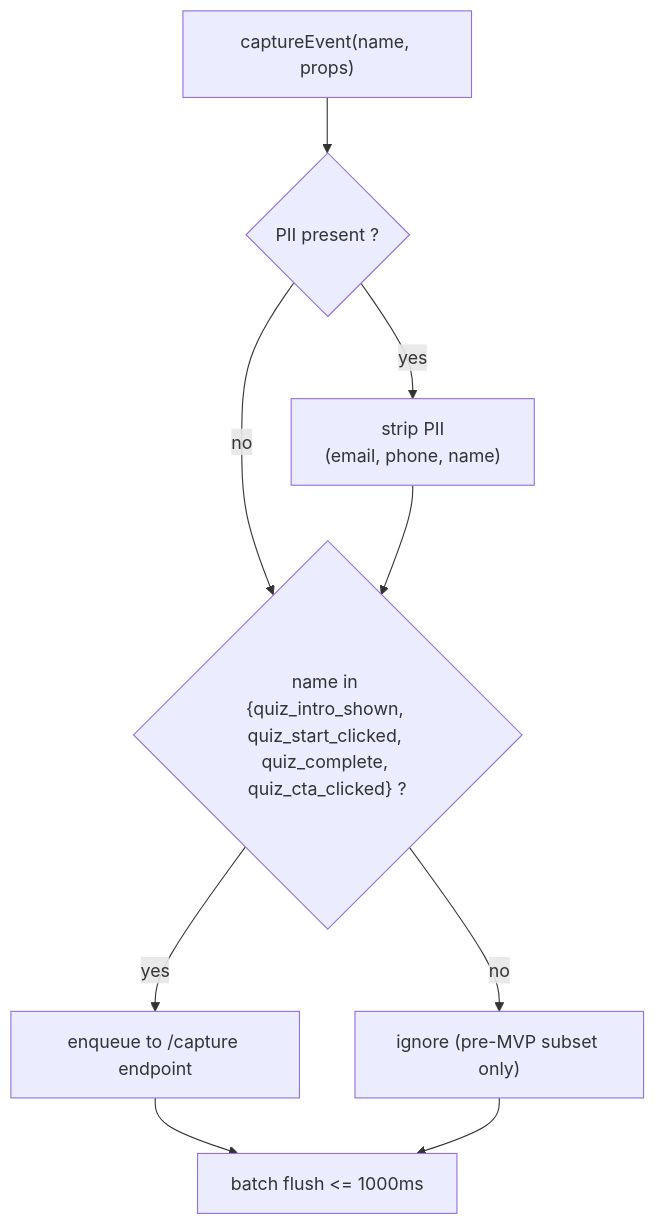
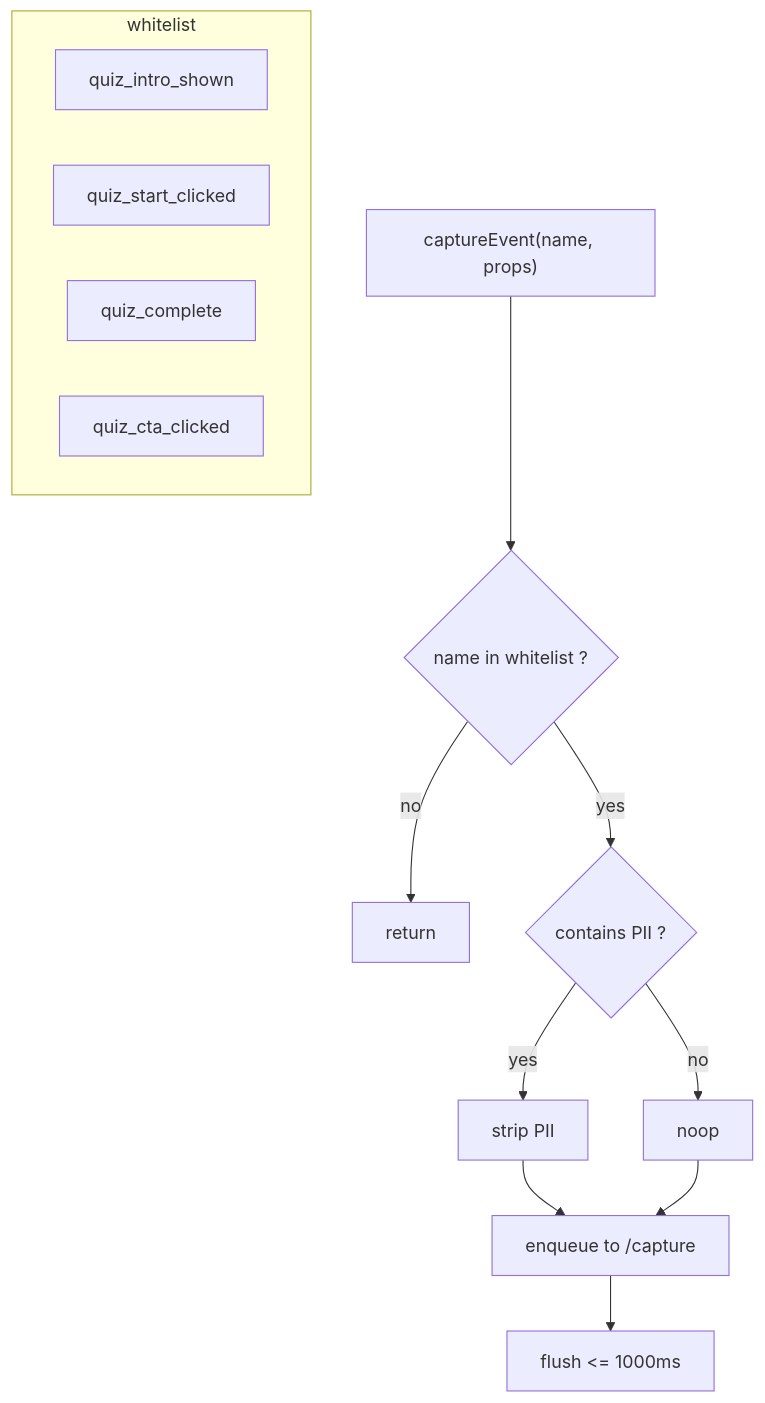
One commit to alexandrafofel/brightfutureahead changed the diagram in content/app-web/architecture/pre-mvp/captureEvent()–min-tracking-PostHog.mmd. Above: the diagram before and after it, drawn with Mermaid.

```diff
--- a/content/app-web/architecture/pre-mvp/captureEvent()–min-tracking-PostHog.mmd
+++ b/content/app-web/architecture/pre-mvp/captureEvent()–min-tracking-PostHog.mmd
@@ -1,9 +1,16 @@
 flowchart TD
-  A["captureEvent(name, props)"] --> B{"PII present ?"}
-  B -- yes --> C["strip PII\n(email, phone, name)"]
-  B -- no --> D
-  C --> D{"name in {quiz_intro_shown, quiz_start_clicked, quiz_complete, quiz_cta_clicked} ?"}
-  D -- yes --> E["enqueue to /capture endpoint"]
-  D -- no --> F["ignore (pre-MVP subset only)"]
-  E --> G["batch flush <= 1000ms"]
-  F --> G
+  A["captureEvent(name, props)"] --> B{"name in whitelist ?"}
+  B -- no --> X["return"]
+  B -- yes --> C{"contains PII ?"}
+  C -- yes --> D["strip PII"]
+  C -- no --> E["noop"]
+  D --> F["enqueue to /capture"]
+  E --> F["enqueue to /capture"]
+  F --> G["flush <= 1000ms"]
+  
+  subgraph whitelist
+    W1["quiz_intro_shown"]
+    W2["quiz_start_clicked"]
+    W3["quiz_complete"]
+    W4["quiz_cta_clicked"]
+  end
```
